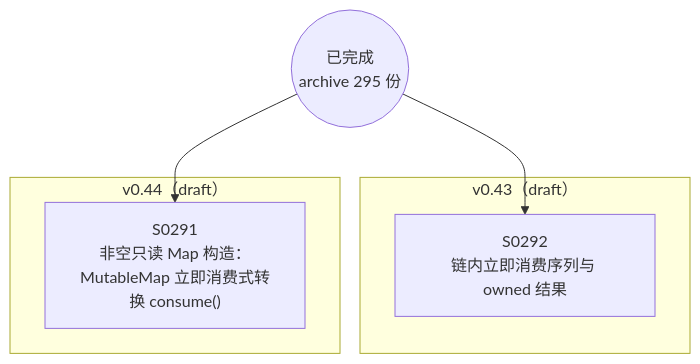
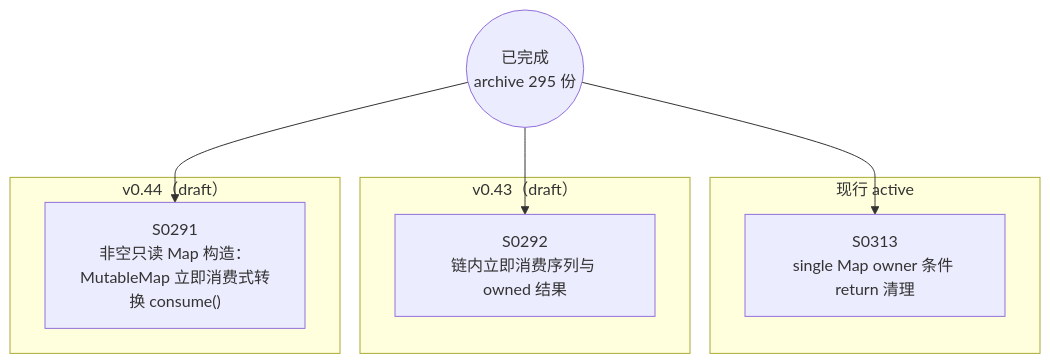
One commit to Halckon/Koven changed the diagram in docs/specs/dependency-graph.md. Above: the diagram before and after it, drawn with Mermaid. The commit also changed other lines of this file and 7 other files, not shown here.

Commit message:
docs: register bounded Map return contract

````diff
--- a/docs/specs/dependency-graph.md
+++ b/docs/specs/dependency-graph.md
@@ -9,12 +9,16 @@
 ```mermaid
 flowchart TD
 ARCH(("已完成<br/>archive 295 份"))
+subgraph Gactive["现行 active"]
+  S0313["S0313<br/>single Map owner 条件 return 清理"]
+end
 subgraph Gdrafts_v043["v0.43（draft）"]
   S0292["S0292<br/>链内立即消费序列与 owned 结果"]
 end
 subgraph Gdrafts_v044["v0.44（draft）"]
   S0291["S0291<br/>非空只读 Map 构造：MutableMap 立即消费式转换 consume()"]
 end
 ARCH --> S0291
 ARCH --> S0292
+ARCH --> S0313
 ```
````
